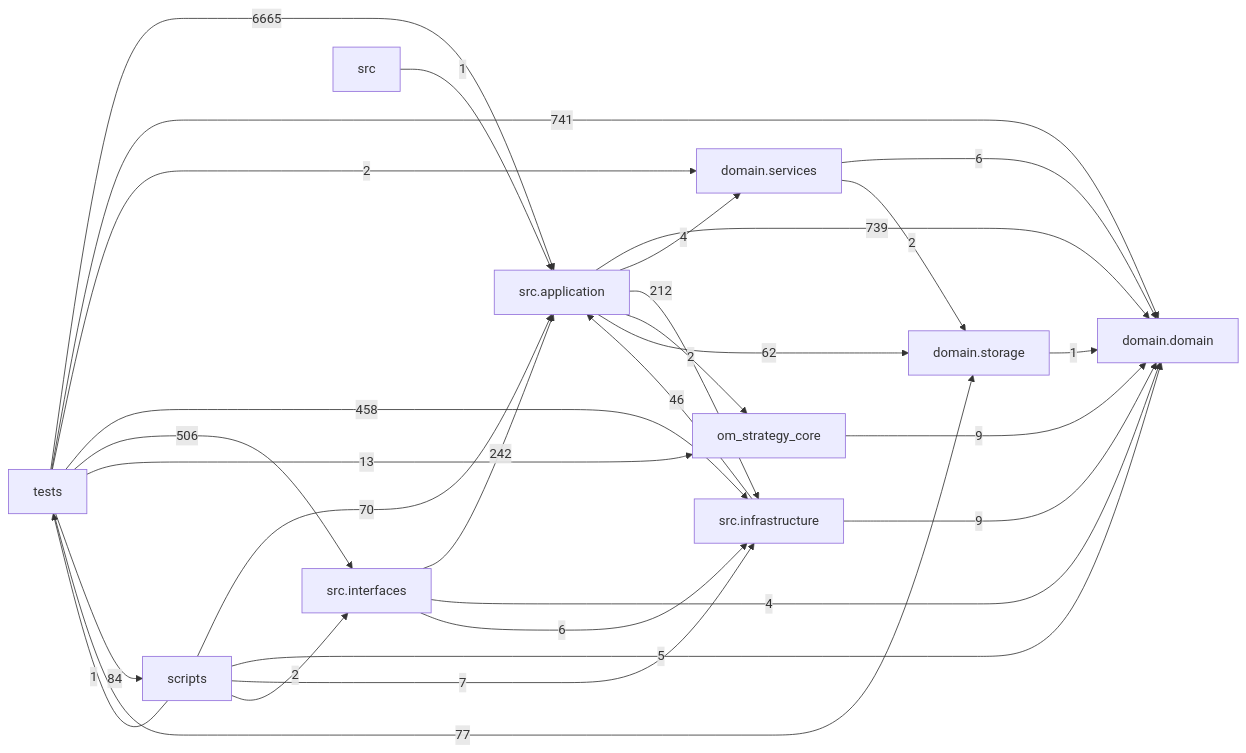
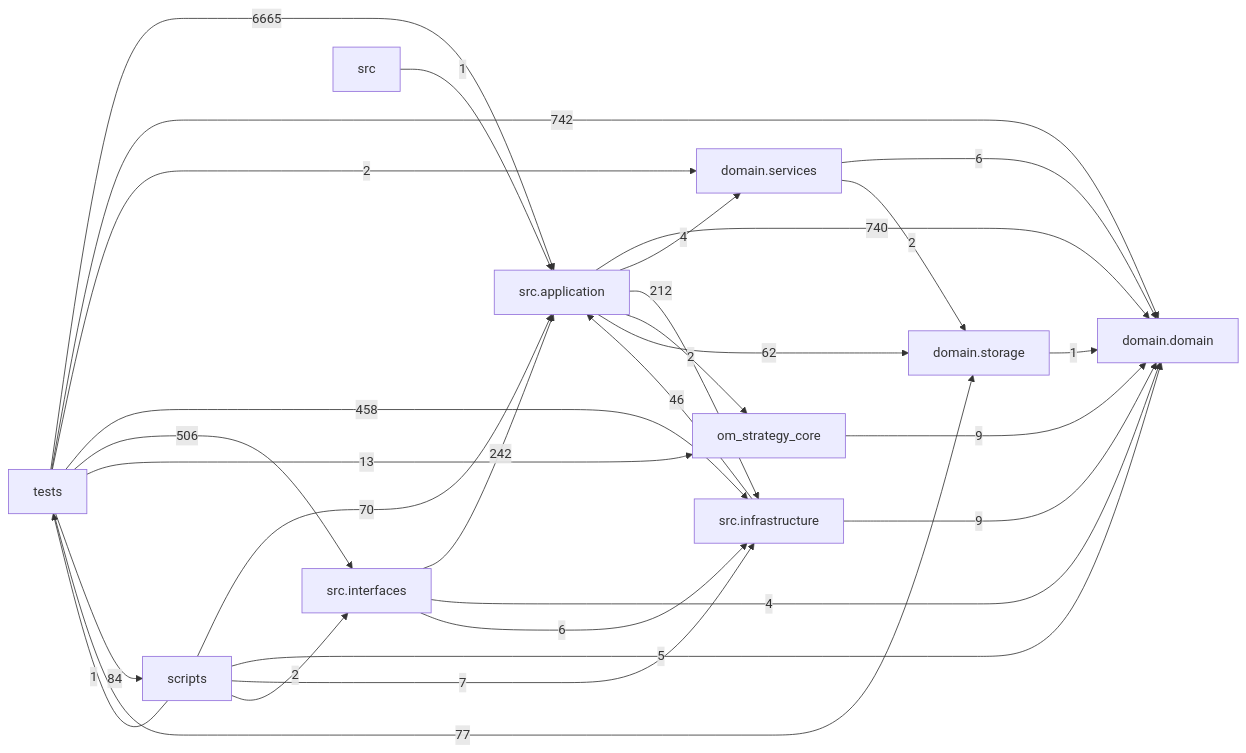
Before and after one commit to liuxie066/options-monitor: the diagram in docs/DEPENDENCY_GRAPH.md, drawn with Mermaid. The commit also changed other lines of this file and 1 other file, not shown here.

First line of the commit message:
chore(deps): regenerate dependency graph after the lifecycle overlay edge

````diff
--- a/docs/DEPENDENCY_GRAPH.md
+++ b/docs/DEPENDENCY_GRAPH.md
@@ -24,39 +24,39 @@
 ```mermaid
 flowchart LR
   tests["tests"]
   scripts["scripts"]
   interfaces["src.interfaces"]
   application["src.application"]
   infrastructure["src.infrastructure"]
   domain_services["domain.services"]
   domain["domain.domain"]
   storage["domain.storage"]
-  application -->|739| domain
+  application -->|740| domain
   application -->|4| domain_services
   application -->|212| infrastructure
   application -->|2| om_strategy_core
   application -->|62| storage
   domain_services -->|6| domain
   domain_services -->|2| storage
   infrastructure -->|46| application
   infrastructure -->|9| domain
   interfaces -->|242| application
   interfaces -->|4| domain
   interfaces -->|6| infrastructure
   om_strategy_core -->|9| domain
   scripts -->|70| application
   scripts -->|5| domain
   scripts -->|7| infrastructure
   scripts -->|2| interfaces
   scripts -->|1| tests
   src -->|1| application
   storage -->|1| domain
   tests -->|6665| application
-  tests -->|741| domain
+  tests -->|742| domain
   tests -->|2| domain_services
   tests -->|458| infrastructure
   tests -->|506| interfaces
   tests -->|13| om_strategy_core
   tests -->|84| scripts
   tests -->|77| storage
 ```
````
